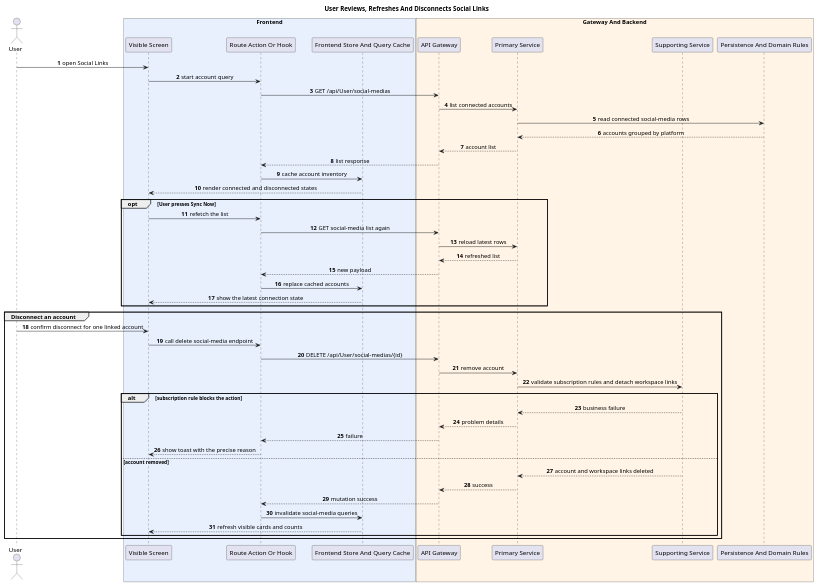
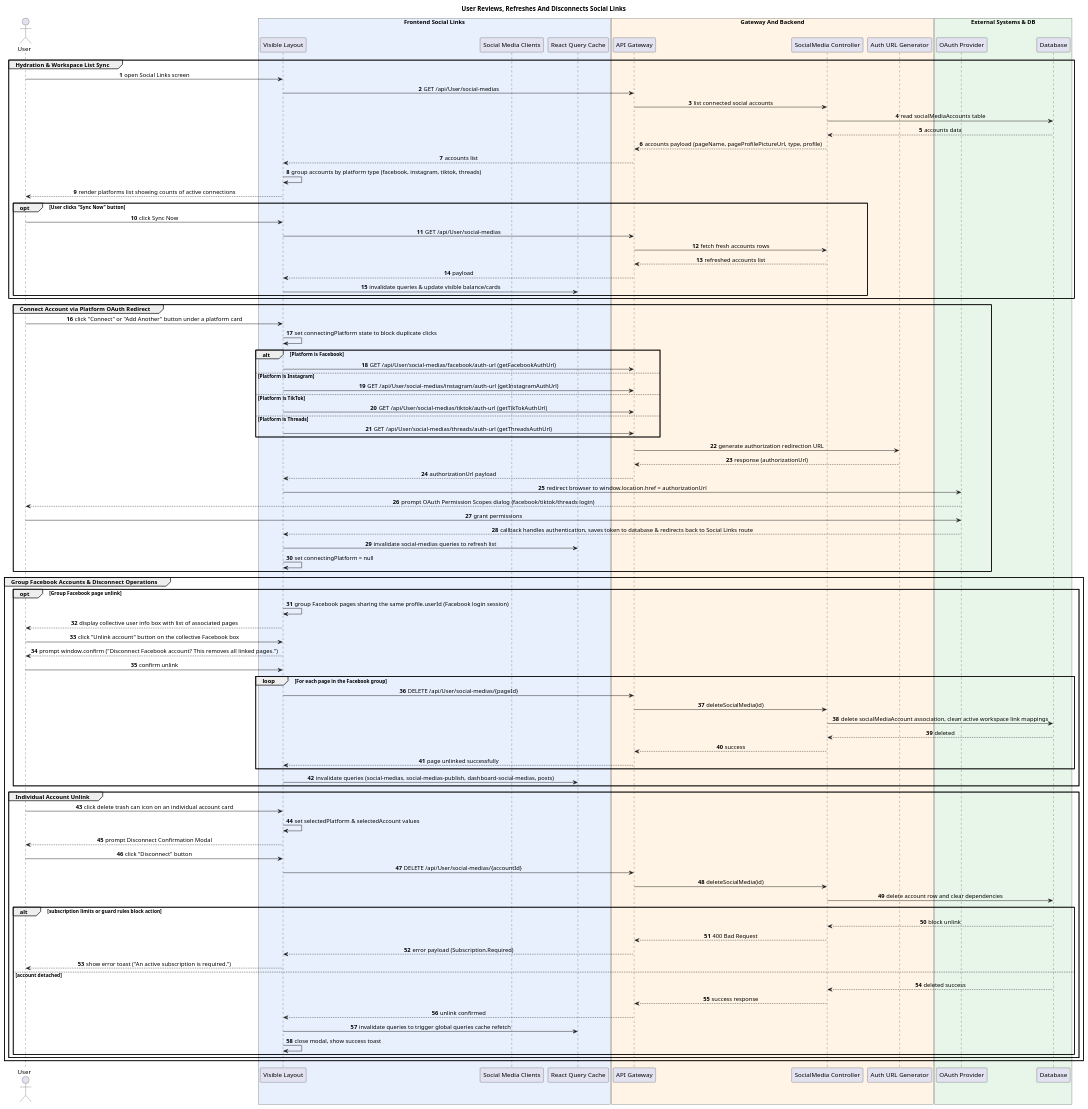
One commit to VKev/MeAI-BE changed the second of 2 diagrams in plantuml/features/meai-user-manages-social-links.puml. Above: the diagram before and after it, drawn with PlantUML. The commit also changed other lines of this file and 8 other files, not shown here.

```diff
--- a/plantuml/features/meai-user-manages-social-links.puml
+++ b/plantuml/features/meai-user-manages-social-links.puml
@@ -71,57 +63,112 @@
 @startuml
 title User Reviews, Refreshes And Disconnects Social Links
 autonumber
 skinparam shadowing false
 skinparam sequenceMessageAlign center
+
 actor User
-box "Frontend" #E8F0FE
-participant "Visible Screen" as Screen
-participant "Route Action Or Hook" as Hook
-participant "Frontend Store And Query Cache" as Store
+box "Frontend Social Links" #E8F0FE
+participant "Visible Layout" as Screen
+participant "Social Media Clients" as Hook
+participant "React Query Cache" as Store
 end box
+
 box "Gateway And Backend" #FFF4E5
 participant "API Gateway" as Gateway
-participant "Primary Service" as PrimaryService
-participant "Supporting Service" as SupportingService
-participant "Persistence And Domain Rules" as DomainLayer
+participant "SocialMedia Controller" as SocialSvc
+participant "Auth URL Generator" as AuthUrlSvc
 end box
 
-User -> Screen : open Social Links
-Screen -> Hook : start account query
-Hook -> Gateway : GET /api/User/social-medias
-Gateway -> PrimaryService : list connected accounts
-PrimaryService -> DomainLayer : read connected social-media rows
-DomainLayer --> PrimaryService : accounts grouped by platform
-PrimaryService --> Gateway : account list
-Gateway --> Hook : list response
-Hook -> Store : cache account inventory
-Store --> Screen : render connected and disconnected states
-opt User presses Sync Now
-  Screen -> Hook : refetch the list
-  Hook -> Gateway : GET social-media list again
-  Gateway -> PrimaryService : reload latest rows
-  PrimaryService --> Gateway : refreshed list
-  Gateway --> Hook : new payload
-  Hook -> Store : replace cached accounts
-  Store --> Screen : show the latest connection state
-end
-group Disconnect an account
-  User -> Screen : confirm disconnect for one linked account
-  Screen -> Hook : call delete social-media endpoint
-  Hook -> Gateway : DELETE /api/User/social-medias/{id}
-  Gateway -> PrimaryService : remove account
-  PrimaryService -> SupportingService : validate subscription rules and detach workspace links
-  alt subscription rule blocks the action
-    SupportingService --> PrimaryService : business failure
-    PrimaryService --> Gateway : problem details
-    Gateway --> Hook : failure
-    Hook --> Screen : show toast with the precise reason
-  else account removed
-    SupportingService --> PrimaryService : account and workspace links deleted
-    PrimaryService --> Gateway : success
-    Gateway --> Hook : mutation success
-    Hook -> Store : invalidate social-media queries
-    Store --> Screen : refresh visible cards and counts
+box "External Systems & DB" #E8F5E9
+participant "OAuth Provider" as OAuth
+participant "Database" as DB
+end box
+
+group Hydration & Workspace List Sync
+  User -> Screen : open Social Links screen
+  Screen -> Gateway : GET /api/User/social-medias
+  Gateway -> SocialSvc : list connected social accounts
+  SocialSvc -> DB : read socialMediaAccounts table
+  DB --> SocialSvc : accounts data
+  SocialSvc --> Gateway : accounts payload (pageName, pageProfilePictureUrl, type, profile)
+  Gateway --> Screen : accounts list
+  Screen -> Screen : group accounts by platform type (facebook, instagram, tiktok, threads)
+  Screen --> User : render platforms list showing counts of active connections
+  
+  opt User clicks "Sync Now" button
+    User -> Screen : click Sync Now
+    Screen -> Gateway : GET /api/User/social-medias
+    Gateway -> SocialSvc : fetch fresh accounts rows
+    SocialSvc --> Gateway : refreshed accounts list
+    Gateway --> Screen : payload
+    Screen -> Store : invalidate queries & update visible balance/cards
   end
 end
-@enduml
+
+group Connect Account via Platform OAuth Redirect
+  User -> Screen : click "Connect" or "Add Another" button under a platform card
+  Screen -> Screen : set connectingPlatform state to block duplicate clicks
+  
+  alt Platform is Facebook
+    Screen -> Gateway : GET /api/User/social-medias/facebook/auth-url (getFacebookAuthUrl)
+  else Platform is Instagram
+    Screen -> Gateway : GET /api/User/social-medias/instagram/auth-url (getInstagramAuthUrl)
+  else Platform is TikTok
+    Screen -> Gateway : GET /api/User/social-medias/tiktok/auth-url (getTikTokAuthUrl)
+  else Platform is Threads
+    Screen -> Gateway : GET /api/User/social-medias/threads/auth-url (getThreadsAuthUrl)
+  end
+  
+  Gateway -> AuthUrlSvc : generate authorization redirection URL
+  AuthUrlSvc --> Gateway : response (authorizationUrl)
+  Gateway --> Screen : authorizationUrl payload
+  
+  Screen -> OAuth : redirect browser to window.location.href = authorizationUrl
+  OAuth --> User : prompt OAuth Permission Scopes dialog (facebook/tiktok/threads login)
+  User -> OAuth : grant permissions
+  OAuth --> Screen : callback handles authentication, saves token to database & redirects back to Social Links route
+  Screen -> Store : invalidate social-medias queries to refresh list
+  Screen -> Screen : set connectingPlatform = null
+end
+
+group Group Facebook Accounts & Disconnect Operations
+  opt Group Facebook page unlink
+    Screen -> Screen : group Facebook pages sharing the same profile.userId (Facebook login session)
+    Screen --> User : display collective user info box with list of associated pages
+    User -> Screen : click "Unlink account" button on the collective Facebook box
+    Screen --> User : prompt window.confirm ("Disconnect Facebook account? This removes all linked pages.")
+    User -> Screen : confirm unlink
+    loop For each page in the Facebook group
+      Screen -> Gateway : DELETE /api/User/social-medias/{pageId}
+      Gateway -> SocialSvc : deleteSocialMedia(id)
+      SocialSvc -> DB : delete socialMediaAccount association, clean active workspace link mappings
+      DB --> SocialSvc : deleted
+      SocialSvc --> Gateway : success
+      Gateway --> Screen : page unlinked successfully
+    end
+    Screen -> Store : invalidate queries (social-medias, social-medias-publish, dashboard-social-medias, posts)
+  end
+
+  group Individual Account Unlink
+    User -> Screen : click delete trash can icon on an individual account card
+    Screen -> Screen : set selectedPlatform & selectedAccount values
+    Screen --> User : prompt Disconnect Confirmation Modal
+    User -> Screen : click "Disconnect" button
+    Screen -> Gateway : DELETE /api/User/social-medias/{accountId}
+    Gateway -> SocialSvc : deleteSocialMedia(id)
+    SocialSvc -> DB : delete account row and clear dependencies
+    alt subscription limits or guard rules block action
+      DB --> SocialSvc : block unlink
+      SocialSvc --> Gateway : 400 Bad Request
+      Gateway --> Screen : error payload (Subscription.Required)
+      Screen --> User : show error toast ("An active subscription is required.")
+    else account detached
+      DB --> SocialSvc : deleted success
+      SocialSvc --> Gateway : success response
+      Gateway --> Screen : unlink confirmed
+      Screen -> Store : invalidate queries to trigger global queries cache refetch
+      Screen -> Screen : close modal, show success toast
+    end
+  end
+end
+@endl
```
